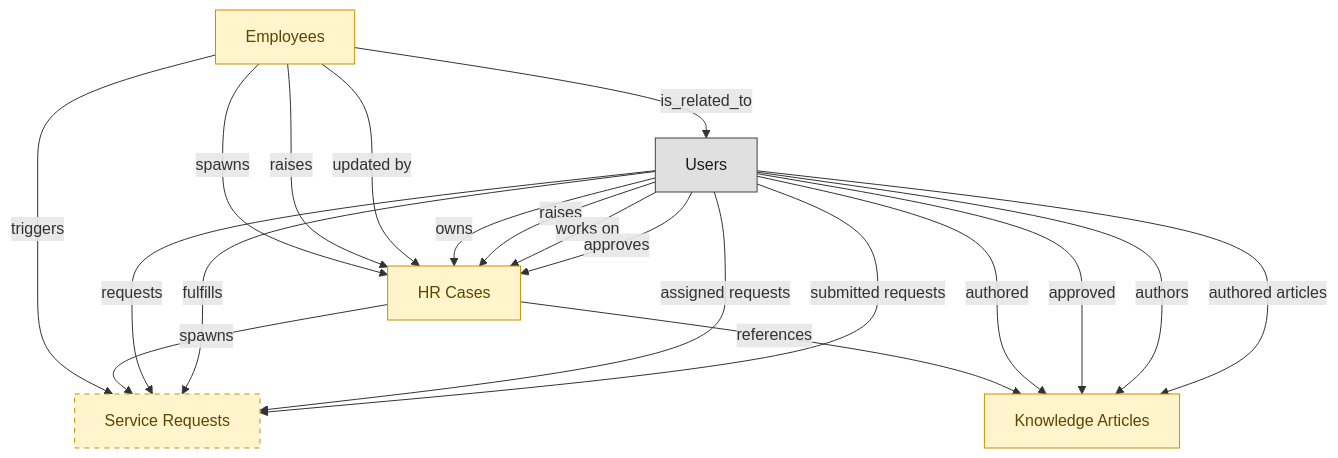
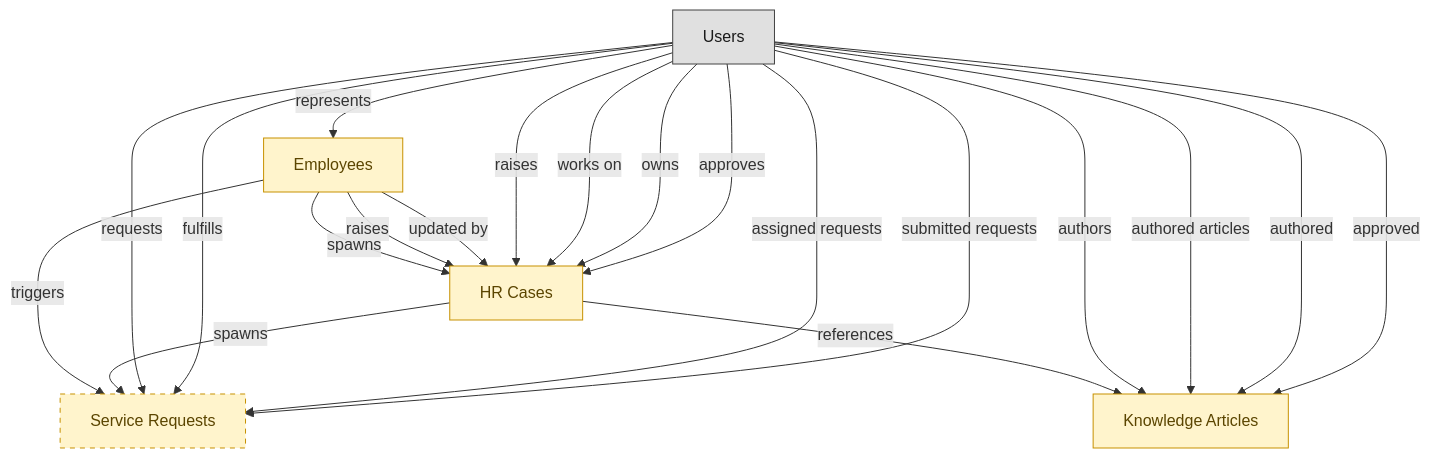
One commit to IntranetFactory/domain-map changed the diagram in catalog/blueprints/hrsd-employee-portal-semantic-blueprint.md. Above: the diagram before and after it, drawn with Mermaid. The commit also changed other lines of this file and 122 other files, not shown here.

````diff
--- a/catalog/blueprints/hrsd-employee-portal-semantic-blueprint.md
+++ b/catalog/blueprints/hrsd-employee-portal-semantic-blueprint.md
@@ -35,35 +36,35 @@
 ```mermaid
 flowchart TD
   classDef embedded_master fill:#fff4cc,stroke:#c79100,color:#5b4500;
   classDef platform_builtin fill:#e0e0e0,stroke:#424242,color:#1a1a1a;
   employees["Employees"]
+  service_requests["Service Requests"]
   knowledge_articles["Knowledge Articles"]
   hr_cases["HR Cases"]
-  service_requests["Service Requests"]
   users["Users"]
   employees -->|"triggers"| service_requests
   employees -->|"spawns"| hr_cases
   employees -->|"raises"| hr_cases
   hr_cases -->|"references"| knowledge_articles
   hr_cases -->|"spawns"| service_requests
   employees -->|"updated by"| hr_cases
-  users -->|"owns"| hr_cases
-  users -->|"authored"| knowledge_articles
-  users -->|"approved"| knowledge_articles
-  employees -->|"is_related_to"| users
+  users -->|"represents"| employees
   users -->|"raises"| hr_cases
   users -->|"works on"| hr_cases
+  users -->|"owns"| hr_cases
   users -->|"approves"| hr_cases
   users -->|"authors"| knowledge_articles
   users -->|"requests"| service_requests
   users -->|"fulfills"| service_requests
   users -->|"assigned requests"| service_requests
   users -->|"submitted requests"| service_requests
   users -->|"authored articles"| knowledge_articles
+  users -->|"authored"| knowledge_articles
+  users -->|"approved"| knowledge_articles
   class employees embedded_master;
+  class service_requests embedded_master;
   class knowledge_articles embedded_master;
   class hr_cases embedded_master;
-  class service_requests embedded_master;
   class users platform_builtin;
   style service_requests stroke-dasharray:5 5;
 ```
````
